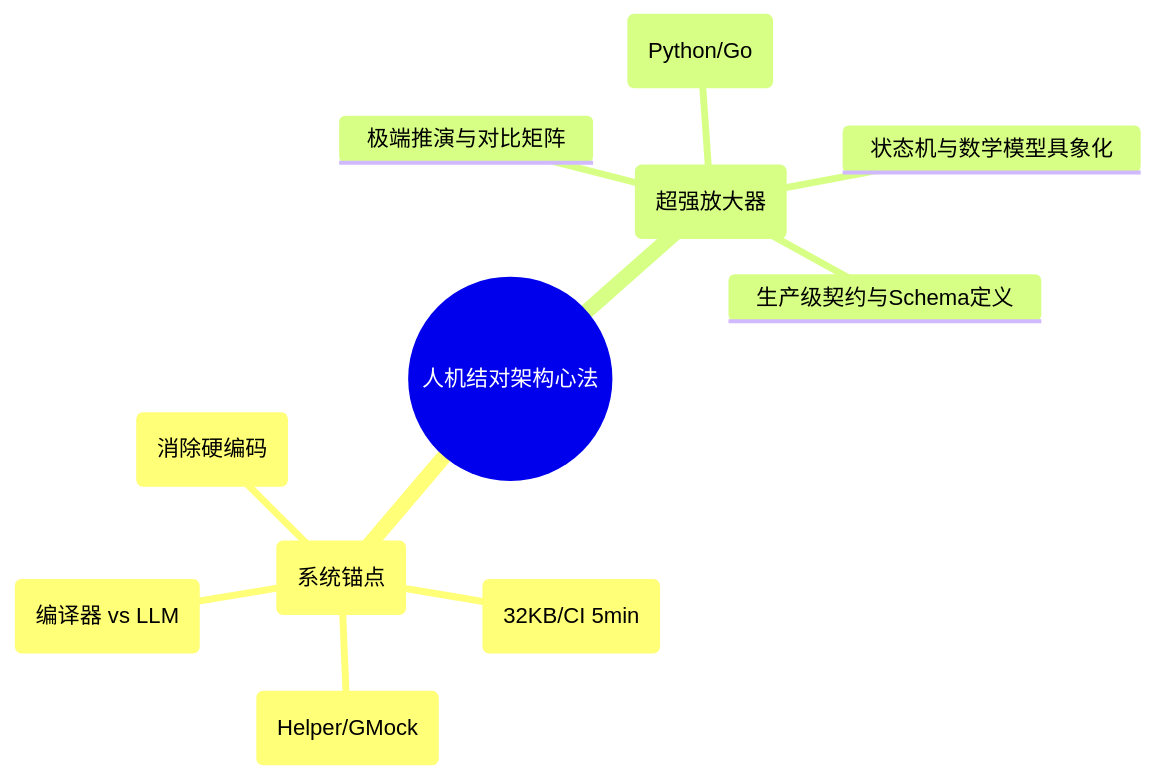
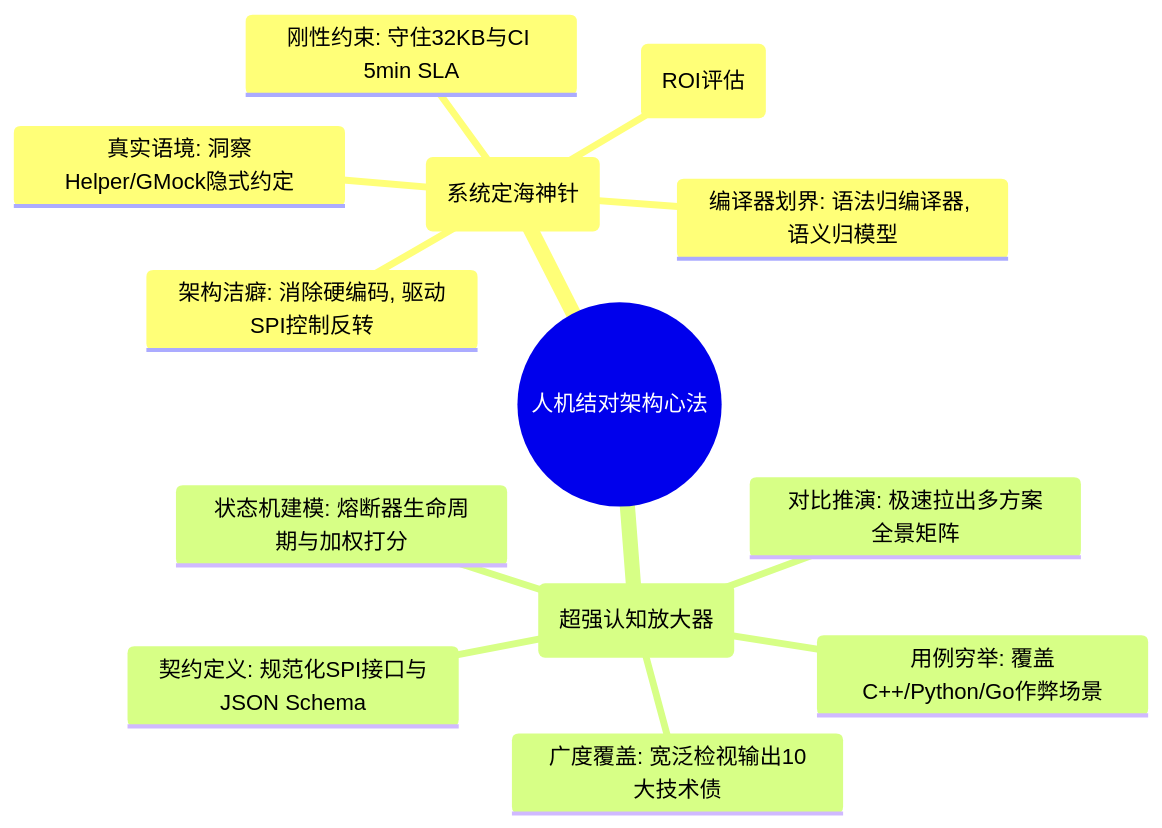
One commit to fugui/code-shield changed the sixth of 6 diagrams in docs/05-methodology/02-AI辅助架构设计实战：从极端钟摆到务实收敛——05号差异化扫描引擎演进复盘.md. Above: the diagram before and after it, drawn with Mermaid. The commit also changed other lines of this file and 3 other files, not shown here.

````diff
--- a/docs/05-methodology/02-AI辅助架构设计实战：从极端钟摆到务实收敛——05号差异化扫描引擎演进复盘.md
+++ b/docs/05-methodology/02-AI辅助架构设计实战：从极端钟摆到务实收敛——05号差异化扫描引擎演进复盘.md
@@ -192,14 +220,16 @@
 ```mermaid
 mindmap
   root((人机结对架构心法))
-    人类架构师 (系统锚点)
-      现实代码洞察 (Helper/GMock)
-      硬性约束坚守 (32KB/CI 5min)
-      工程边界划定 (编译器 vs LLM)
-      架构洁癖与IoC (消除硬编码)
-    AI 协同架构师 (超强放大器)
-      极端推演与对比矩阵
-      边缘作弊用例穷举 (Python/Go)
-      状态机与数学模型具象化
-      生产级契约与Schema定义
+    人类架构师 (系统定海神针)
+      价值裁决: 10选1沙里淘金 (ROI评估)
+      真实语境: 洞察Helper/GMock隐式约定
+      刚性约束: 守住32KB与CI 5min SLA
+      编译器划界: 语法归编译器, 语义归模型
+      架构洁癖: 消除硬编码, 驱动SPI控制反转
+    AI 协同架构师 (超强认知放大器)
+      广度覆盖: 宽泛检视输出10大技术债
+      对比推演: 极速拉出多方案全景矩阵
+      用例穷举: 覆盖C++/Python/Go作弊场景
+      状态机建模: 熔断器生命周期与加权打分
+      契约定义: 规范化SPI接口与JSON Schema
 ```
````
